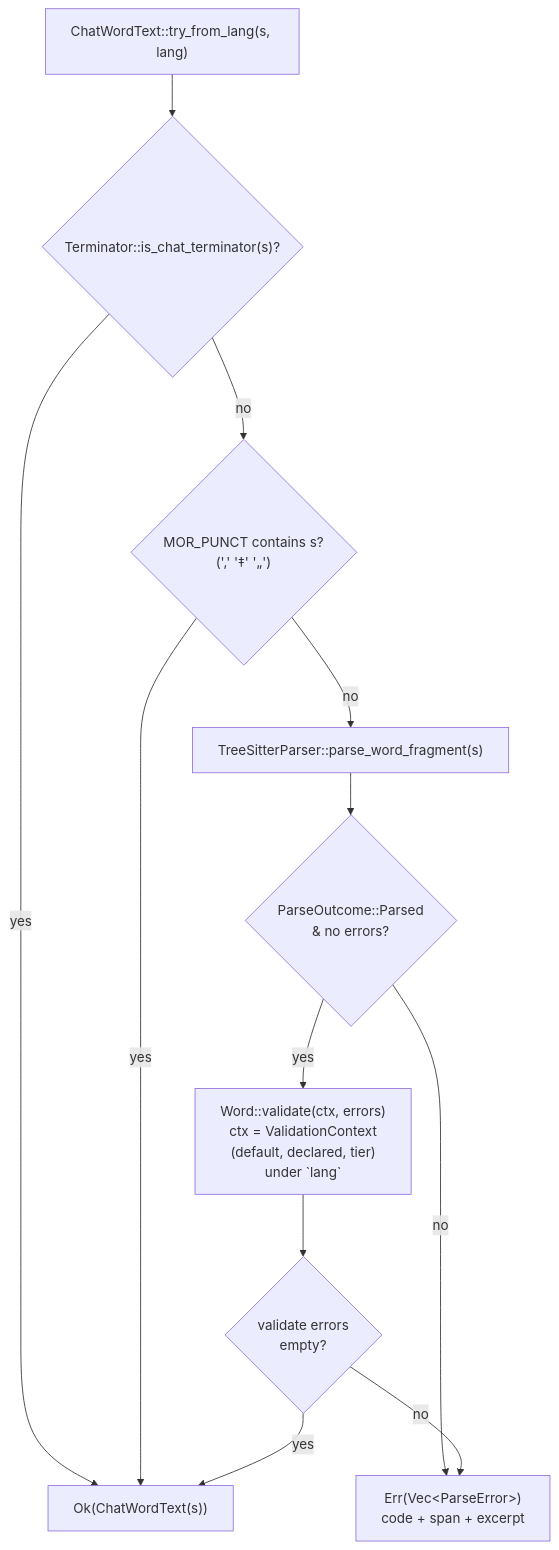
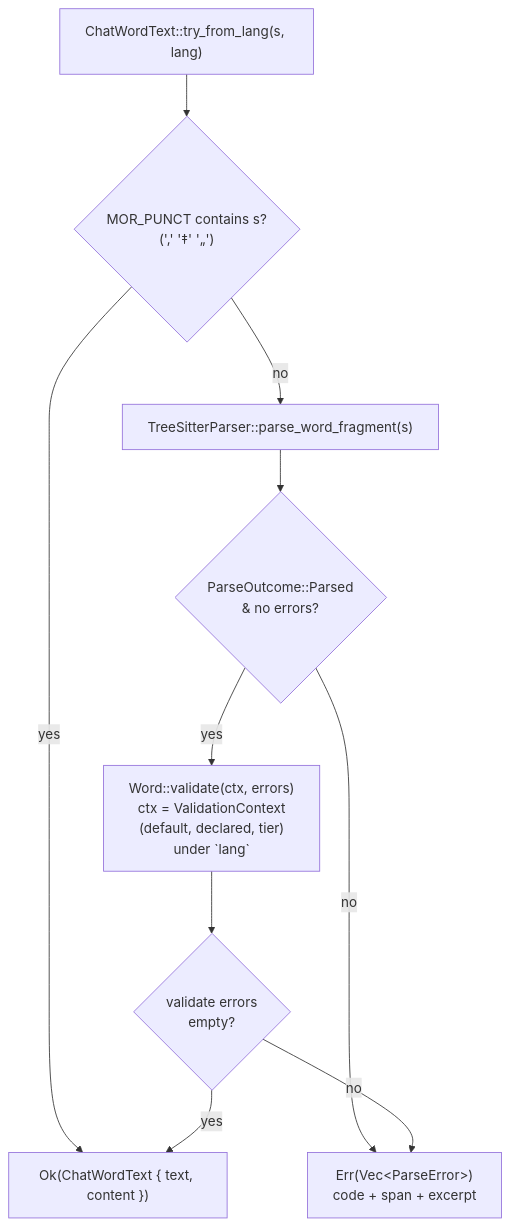
Before and after one commit to FranklinChen/talkbank-tools: the third of 7 diagrams in book/src/batchalign/architecture/asr-token-pipeline.md, drawn with Mermaid. The commit also changed other lines of this file and 381 other files, not shown here.

````diff
--- a/book/src/batchalign/architecture/asr-token-pipeline.md
+++ b/book/src/batchalign/architecture/asr-token-pipeline.md
@@ -456,24 +460,21 @@
 ```mermaid
 flowchart TD
     Call["ChatWordText::try_from_lang(s, lang)"]
-    Term{"Terminator::is_chat_terminator(s)?"}
     MorP{"MOR_PUNCT contains s?\n(',' '‡' '„')"}
     Parse["TreeSitterParser::parse_word_fragment(s)"]
     Parsed{"ParseOutcome::Parsed\n&amp; no errors?"}
     Validate["Word::validate(ctx, errors)\nctx = ValidationContext\n(default, declared, tier)\nunder `lang`"]
     LangClean{"validate errors\nempty?"}
-    Ok["Ok(ChatWordText(s))"]
+    Ok["Ok(ChatWordText { text, content })"]
     Err["Err(Vec&lt;ParseError&gt;)\ncode + span + excerpt"]
 
-    Call --> Term
-    Term -->|"yes"| Ok
-    Term -->|"no"| MorP
+    Call --> MorP
     MorP -->|"yes"| Ok
     MorP -->|"no"| Parse
     Parse --> Parsed
     Parsed -->|"no"| Err
     Parsed -->|"yes"| Validate
     Validate --> LangClean
     LangClean -->|"yes"| Ok
     LangClean -->|"no"| Err
 ```
````
